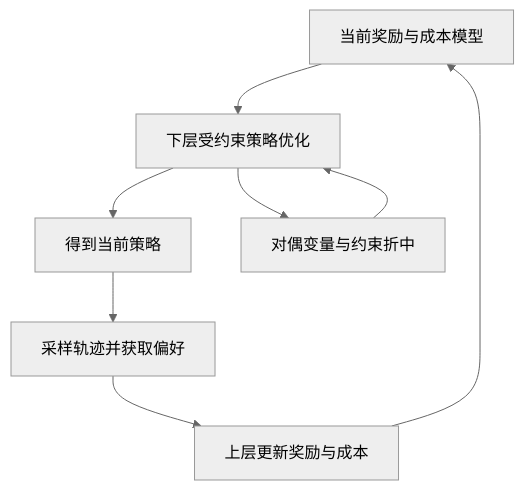
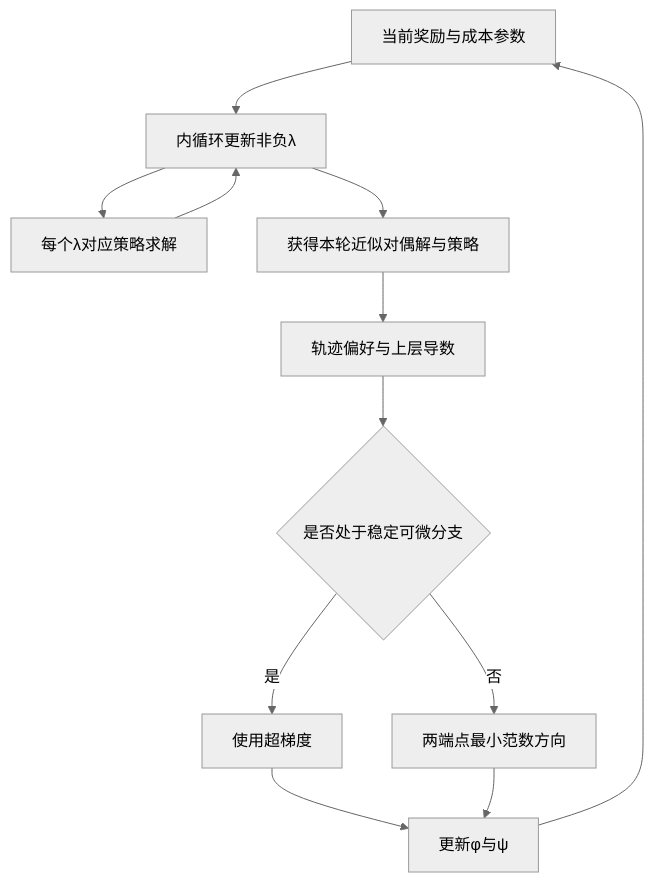
Before and after one commit to tanyouqing/paper_reading: the diagram in Agentic RL/CB-PbRL-2026-Constrained-Bilevel-Preference-RL.md, drawn with Mermaid (neutral theme). The commit also changed other lines of this file and 2 other files, not shown here.

```diff
--- a/Agentic RL/CB-PbRL-2026-Constrained-Bilevel-Preference-RL.md
+++ b/Agentic RL/CB-PbRL-2026-Constrained-Bilevel-Preference-RL.md
@@ -88,10 +343,14 @@
 ~~~mermaid
 flowchart TD
-    A[当前奖励与成本模型] --> B[下层受约束策略优化]
-    B --> C[得到当前策略]
-    C --> D[采样轨迹并获取偏好]
-    D --> E[上层更新奖励与成本]
-    E --> A
-    B --> F[对偶变量与约束折中]
-    F --> B
+    A[当前奖励与成本参数] --> B[内循环更新非负λ]
+    B --> C[每个λ对应策略求解]
+    C --> B
+    B --> D[获得本轮近似对偶解与策略]
+    D --> E[轨迹偏好与上层导数]
+    E --> F{是否处于稳定可微分支}
+    F -->|是| G[使用超梯度]
+    F -->|否| H[两端点最小范数方向]
+    G --> I[更新φ与ψ]
+    H --> I
+    I --> A
 ~~~
```
